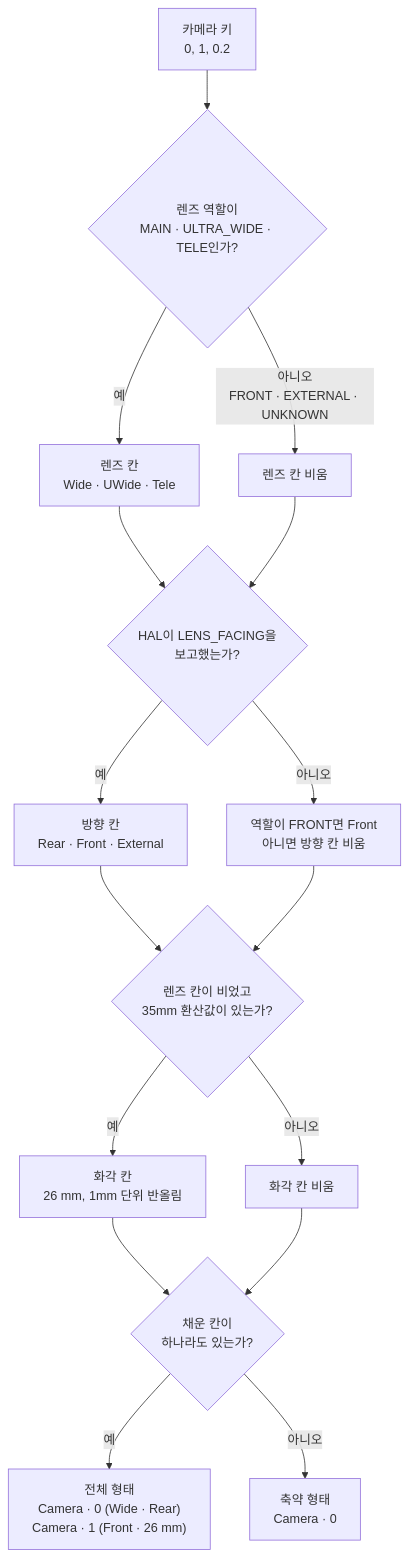
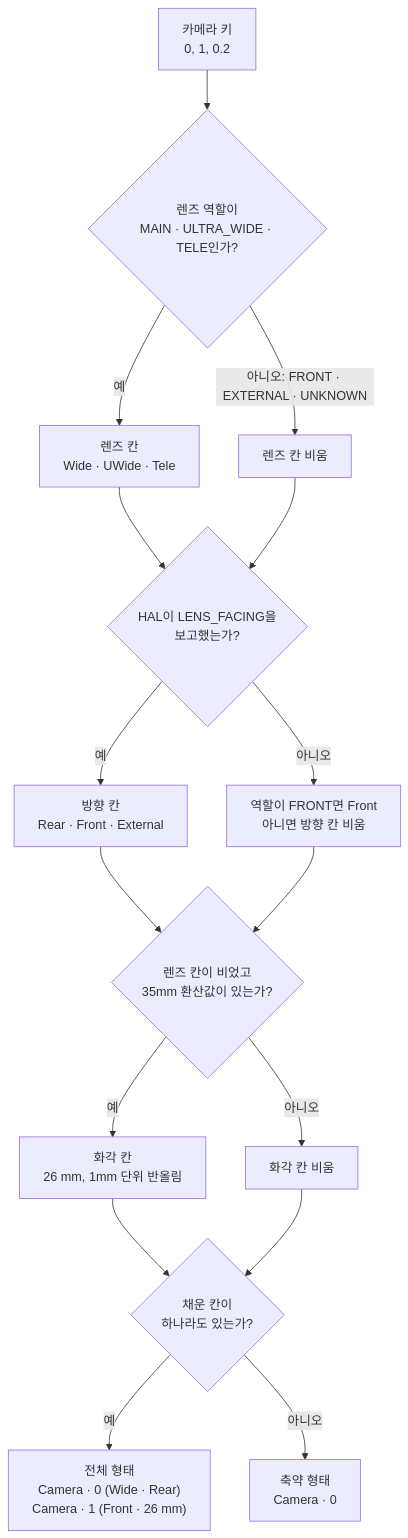
The first of 3 diagrams in docs/design/APP-UI.md (TTolsun/hal-camera), drawn with Mermaid before and after one commit. The commit also changed other lines of this file, not shown here.

Commit message:
Name all three conditions that disable the tools button
The sequence note said the tools menu is disabled while recording and
saving, but toolsButton.isEnabled also turns off while closing
(MainActivity.kt:701). The note now lists all three, and the camera-label
flowchart and zoom state diagram use the same syntax as their .omm
counterparts so the two copies read alike.

````diff
--- a/docs/design/APP-UI.md
+++ b/docs/design/APP-UI.md
@@ -42,18 +42,18 @@
 ```mermaid
 flowchart TD
     K["카메라 키<br/>0, 1, 0.2"] --> L{"렌즈 역할이<br/>MAIN · ULTRA_WIDE · TELE인가?"}
-    L -- 예 --> L1["렌즈 칸<br/>Wide · UWide · Tele"]
-    L -- "아니오<br/>FRONT · EXTERNAL · UNKNOWN" --> L0["렌즈 칸 비움"]
+    L -->|예| L1["렌즈 칸<br/>Wide · UWide · Tele"]
+    L -->|"아니오: FRONT · EXTERNAL · UNKNOWN"| L0["렌즈 칸 비움"]
     L1 --> F{"HAL이 LENS_FACING을<br/>보고했는가?"}
     L0 --> F
-    F -- 예 --> F1["방향 칸<br/>Rear · Front · External"]
-    F -- 아니오 --> F0["역할이 FRONT면 Front<br/>아니면 방향 칸 비움"]
+    F -->|예| F1["방향 칸<br/>Rear · Front · External"]
+    F -->|아니오| F0["역할이 FRONT면 Front<br/>아니면 방향 칸 비움"]
     F1 --> A{"렌즈 칸이 비었고<br/>35mm 환산값이 있는가?"}
     F0 --> A
-    A -- 예 --> A1["화각 칸<br/>26 mm, 1mm 단위 반올림"]
-    A -- 아니오 --> A0["화각 칸 비움"]
+    A -->|예| A1["화각 칸<br/>26 mm, 1mm 단위 반올림"]
+    A -->|아니오| A0["화각 칸 비움"]
     A1 --> J{"채운 칸이<br/>하나라도 있는가?"}
     A0 --> J
-    J -- 예 --> FULL["전체 형태<br/>Camera · 0 (Wide · Rear)<br/>Camera · 1 (Front · 26 mm)"]
-    J -- 아니오 --> SHORT["축약 형태<br/>Camera · 0"]
+    J -->|예| FULL["전체 형태<br/>Camera · 0 (Wide · Rear)<br/>Camera · 1 (Front · 26 mm)"]
+    J -->|아니오| SHORT["축약 형태<br/>Camera · 0"]
 ```
````
